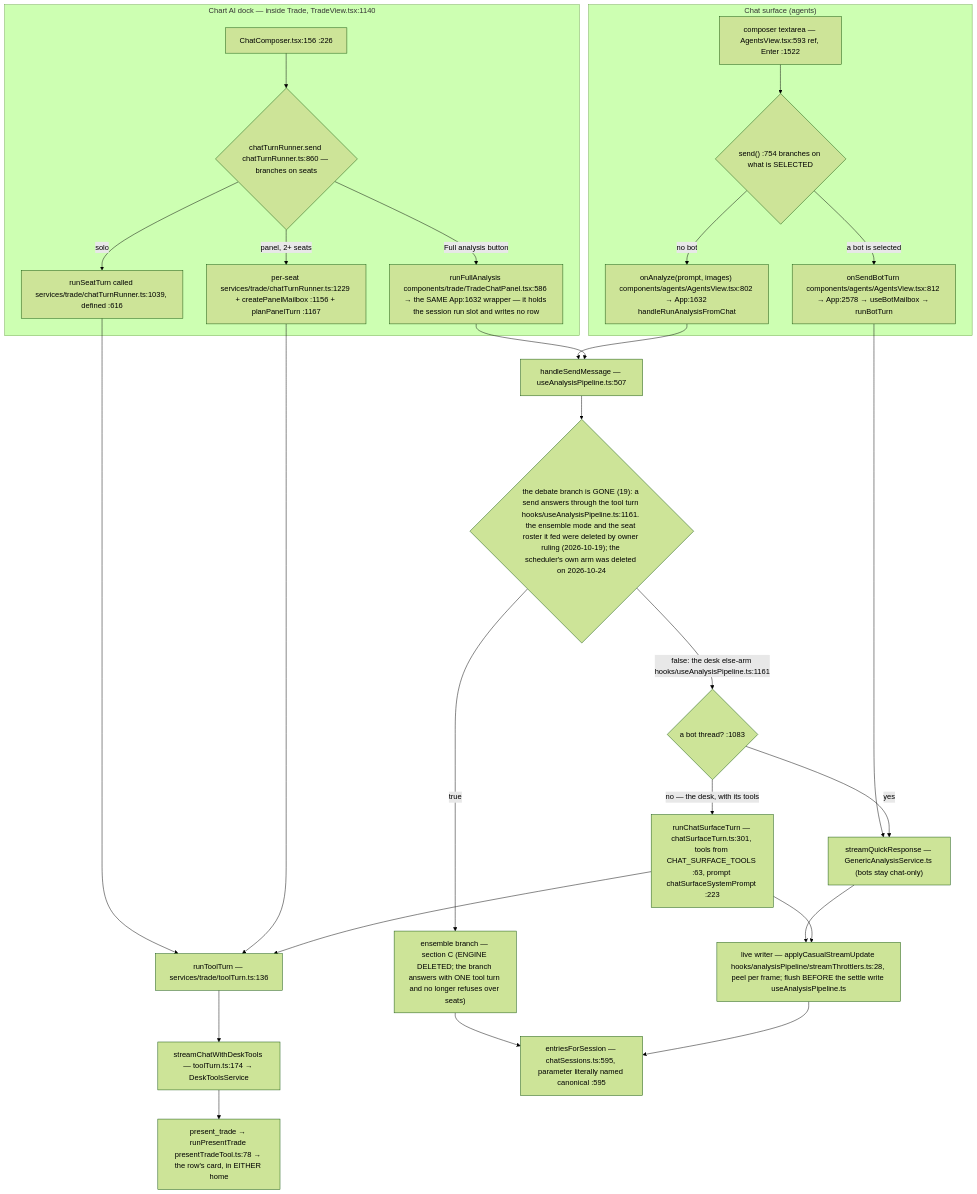
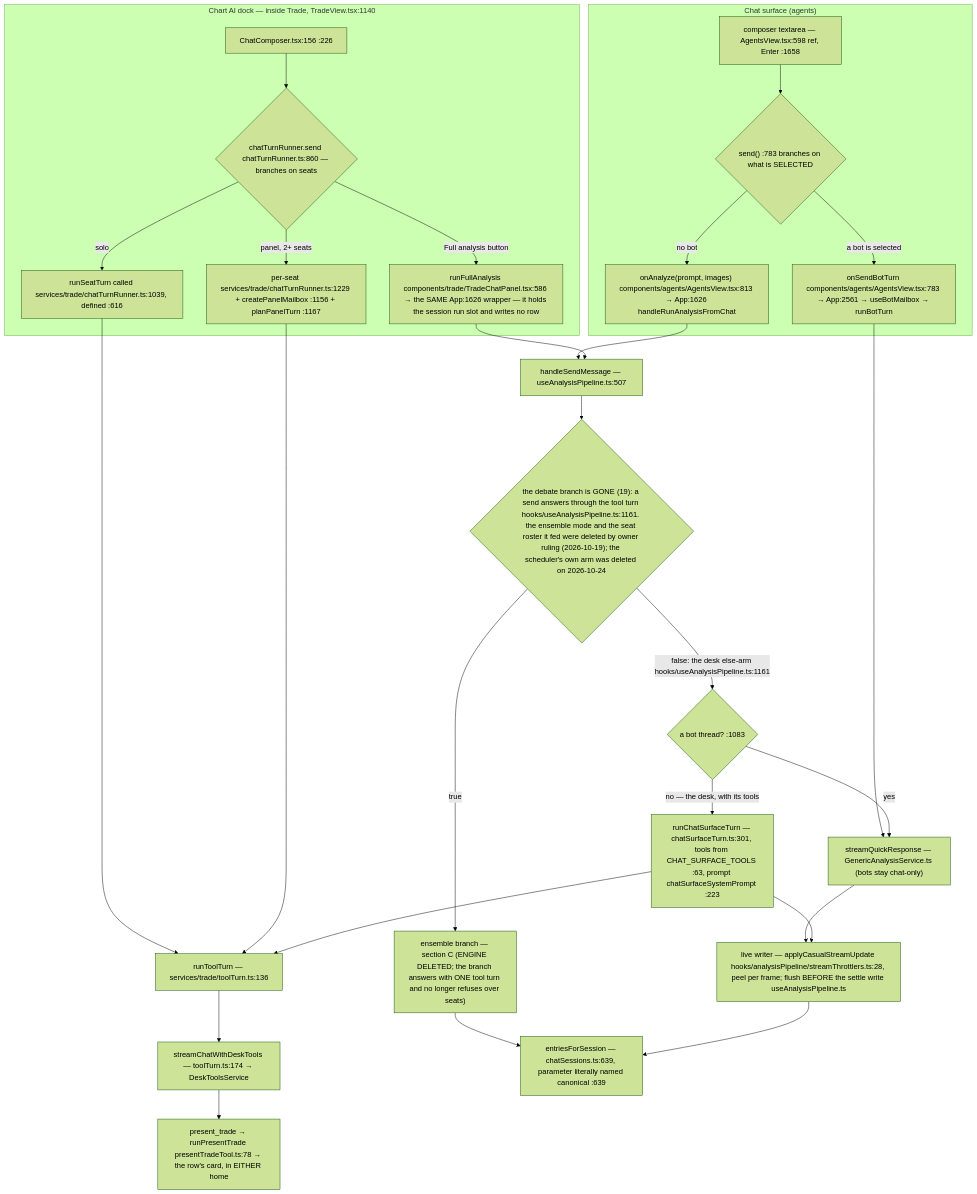
Before and after one commit to Acepay25/august-3.5: the second of 8 diagrams in docs/app-flow.md, drawn with Mermaid (forest theme). The commit also changed other lines of this file and 30 other files, not shown here.

````diff
--- a/docs/app-flow.md
+++ b/docs/app-flow.md
@@ -78,31 +78,31 @@
 ```mermaid
 flowchart TD
     subgraph CHAT["Chat surface (agents)"]
-        CB["composer textarea — AgentsView.tsx:593 ref, Enter :1522"] --> D1{"send() :754 branches on what is SELECTED"}
-        D1 -->|a bot is selected| BOT["onSendBotTurn components/agents/AgentsView.tsx:812 → App:2578 → useBotMailbox → runBotTurn"]
-        D1 -->|no bot| AN["onAnalyze(prompt, images) components/agents/AgentsView.tsx:802 → App:1632 handleRunAnalysisFromChat"]
+        CB["composer textarea — AgentsView.tsx:598 ref, Enter :1658"] --> D1{"send() :783 branches on what is SELECTED"}
+        D1 -->|a bot is selected| BOT["onSendBotTurn components/agents/AgentsView.tsx:783 → App:2561 → useBotMailbox → runBotTurn"]
+        D1 -->|no bot| AN["onAnalyze(prompt, images) components/agents/AgentsView.tsx:813 → App:1626 handleRunAnalysisFromChat"]
     end
     subgraph DOCK["Chart AI dock — inside Trade, TradeView.tsx:1140"]
         DC["ChatComposer.tsx:156 :226"] --> D2{"chatTurnRunner.send chatTurnRunner.ts:860 — branches on seats"}
         D2 -->|solo| SO["runSeatTurn called services/trade/chatTurnRunner.ts:1039, defined :616"]
         D2 -->|panel, 2+ seats| PN["per-seat services/trade/chatTurnRunner.ts:1229 + createPanelMailbox :1156 + planPanelTurn :1167"]
-        D2 -->|Full analysis button| FA["runFullAnalysis components/trade/TradeChatPanel.tsx:586 → the SAME App:1632 wrapper — it holds the session run slot and writes no row"]
+        D2 -->|Full analysis button| FA["runFullAnalysis components/trade/TradeChatPanel.tsx:586 → the SAME App:1626 wrapper — it holds the session run slot and writes no row"]
     end
     SO --> TT["runToolTurn — services/trade/toolTurn.ts:136"]
     PN --> TT
     TT --> SCDT["streamChatWithDeskTools — toolTurn.ts:174 → DeskToolsService"]
     BOT --> TR["streamQuickResponse — GenericAnalysisService.ts (bots stay chat-only)"]
     AN --> HSM["handleSendMessage — useAnalysisPipeline.ts:507"]
     FA --> HSM
     HSM --> D3{"the debate branch is GONE (19): a send answers through the tool turn hooks/useAnalysisPipeline.ts:1161. the ensemble mode and the seat roster it fed were deleted by owner ruling (2026-10-19); the scheduler's own arm was deleted on 2026-10-24"}
     D3 -->|true| ENS["ensemble branch — section C (ENGINE DELETED; the branch answers with ONE tool turn and no longer refuses over seats)"]
     D3 -->|false: the desk else-arm hooks/useAnalysisPipeline.ts:1161| SPLIT{"a bot thread? :1083"}
     SPLIT -->|yes| TR
     SPLIT -->|no — the desk, with its tools| CST["runChatSurfaceTurn — chatSurfaceTurn.ts:301, tools from CHAT_SURFACE_TOOLS :63, prompt chatSurfaceSystemPrompt :223"]
     CST --> TT
     TR --> LW["live writer — applyCasualStreamUpdate hooks/analysisPipeline/streamThrottlers.ts:28, peel per frame; flush BEFORE the settle write useAnalysisPipeline.ts"]
     CST --> LW
     ENS --> MERGE
-    LW --> MERGE["entriesForSession — chatSessions.ts:595, parameter literally named canonical :595"]
+    LW --> MERGE["entriesForSession — chatSessions.ts:639, parameter literally named canonical :639"]
     SCDT --> PT["present_trade → runPresentTrade presentTradeTool.ts:78 → the row's card, in EITHER home"]
 ```
````
